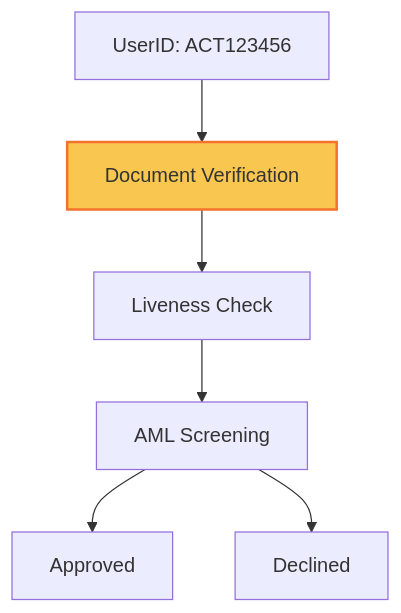
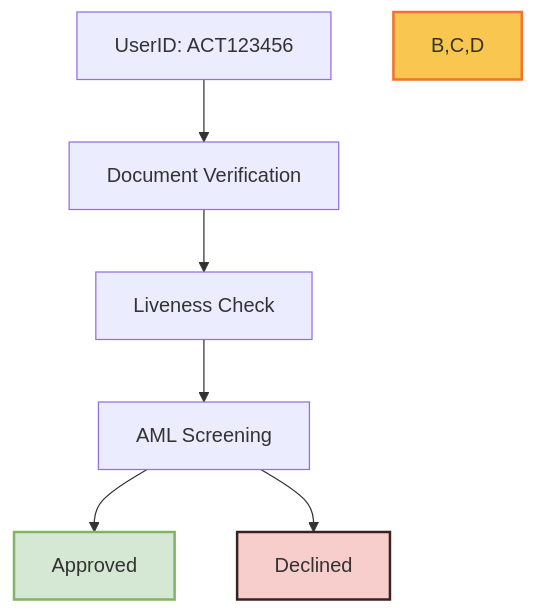
The diagram in id/id.mdx (Fantastic-Devs/Mintlify), drawn with Mermaid before and after one commit.

````diff
--- a/id/id.mdx
+++ b/id/id.mdx
@@ -17,17 +17,19 @@
 ```mermaid
 
 graph TB;
     A["UserID: ACT123456"];
     B["Document Verification"];
     C["Liveness Check"];
     D["AML Screening"];
     E["Approved"];
     F["Declined"];
     A--> B;
     B--> C;
     C--> D;
     D--> E & F;
 
-style B fill:#f9c74f,stroke:#f3722c,stroke-width:2px
+style B,C,D fill:#f9c74f,stroke:#f3722c,stroke-width:2px
+style E fill:#d5e8d4,stroke:#82b366,stroke-width:2px
+style F fill:#f8cecc,stroke:#3b2221,stroke-width:2px
 
 ```
````
